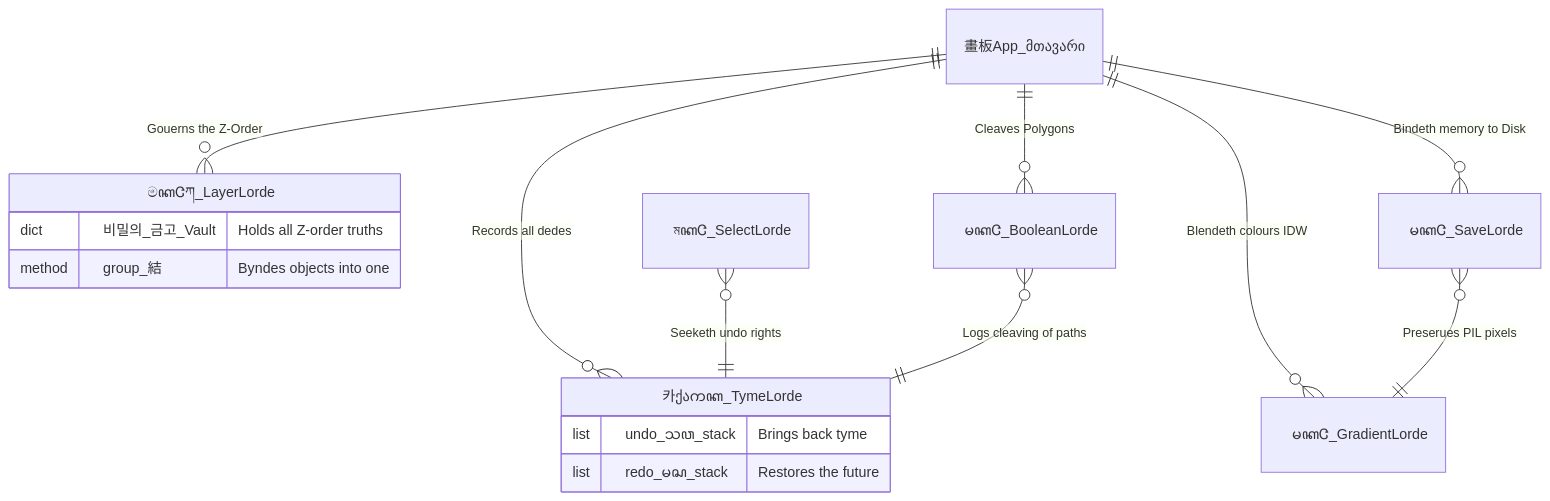
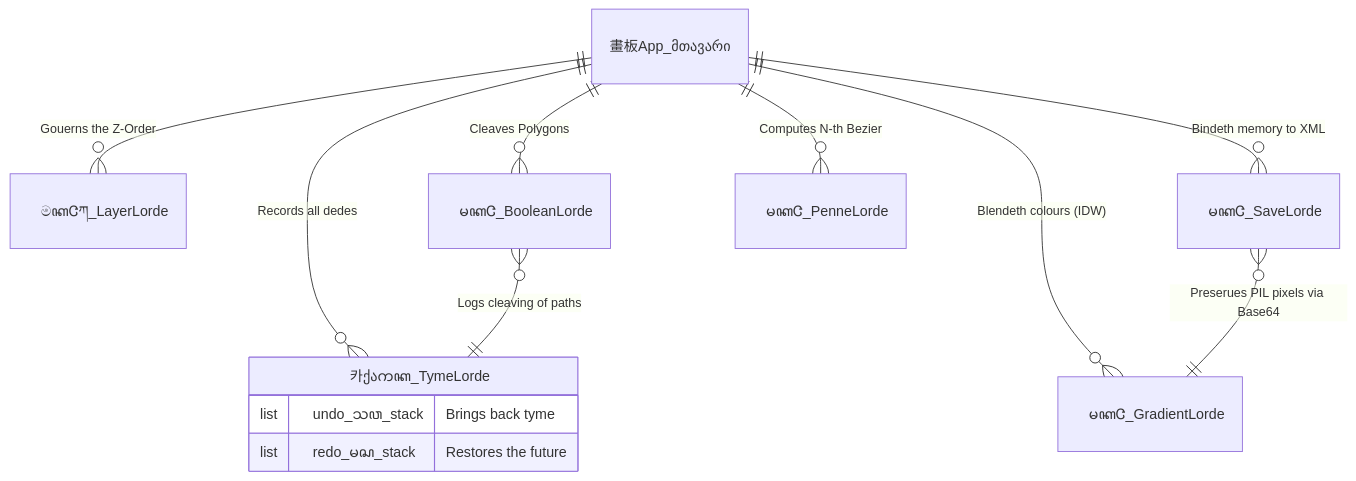
One commit to hslcrb/supre-me_ilrustration changed the diagram in README.md. Above: the diagram before and after it, drawn with Mermaid. The commit also changed other lines of this file, not shown here.

Commit message:
Docs: Converted README into the ultimate Rosetta Stone featuring all requested historical syntax dialects

````diff
--- a/README.md
+++ b/README.md
@@ -33,26 +93,19 @@
 ```mermaid
 erDiagram
     %% The main hold of the Kyngdome
     畫板App_მთავარი ||--o{ ㅤ카ქაကꦏ_TymeLorde : "Records all dedes"
     畫板App_მთავარი ||--o{ ㅤමꦏᏣཀ_LayerLorde : "Gouerns the Z-Order"
     畫板App_მთავარი ||--o{ ㅤမꦏᏣ_BooleanLorde : "Cleaves Polygons"
-    畫板App_მთავარი ||--o{ ㅤမꦏᏣ_SaveLorde : "Bindeth memory to Disk"
-    畫板App_მთავარი ||--o{ ㅤမꦏᏣ_GradientLorde : "Blendeth colours IDW"
+    畫板App_მთავარი ||--o{ ㅤမꦏᏣ_SaveLorde : "Bindeth memory to XML"
+    畫板App_მთავარი ||--o{ ㅤမꦏᏣ_GradientLorde : "Blendeth colours (IDW)"
+    畫板App_მთავარი ||--o{ ㅤမꦏᏣ_PenneLorde : "Computes N-th Bezier"
     
-    %% Tyme Lorde relationships
+    %% Relationships
     ㅤ카ქაကꦏ_TymeLorde {
         list ㅤundo_သꦮ_stack "Brings back tyme"
         list ㅤredo_မꦱ_stack "Restores the future"
     }
 
-    %% Layer Lorde relationships
-    ㅤමꦏᏣཀ_LayerLorde {
-        dict ㅤ비밀의_금고_Vault "Holds all Z-order truths"
-        method ㅤgroup_結 "Byndes objects into one"
-    }
-
-    %% Core interactions
-    ㅤমꦏᏣ_SelectLorde }o--|| ㅤ카ქაကꦏ_TymeLorde : "Seeketh undo rights"
-    ㅤမꦏᏣ_SaveLorde }o--|| ㅤမꦏᏣ_GradientLorde : "Preserues PIL pixels"
+    ㅤမꦏᏣ_SaveLorde }o--|| ㅤမꦏᏣ_GradientLorde : "Preserues PIL pixels via Base64"
     ㅤမꦏᏣ_BooleanLorde }o--|| ㅤ카ქაကꦏ_TymeLorde : "Logs cleaving of paths"
 ```
````
